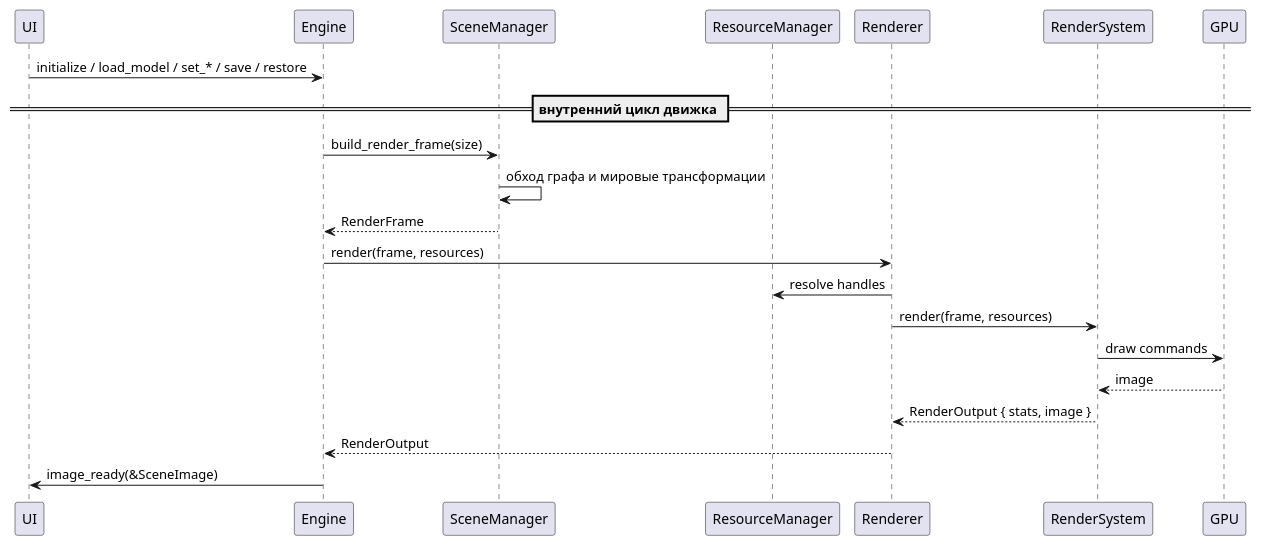
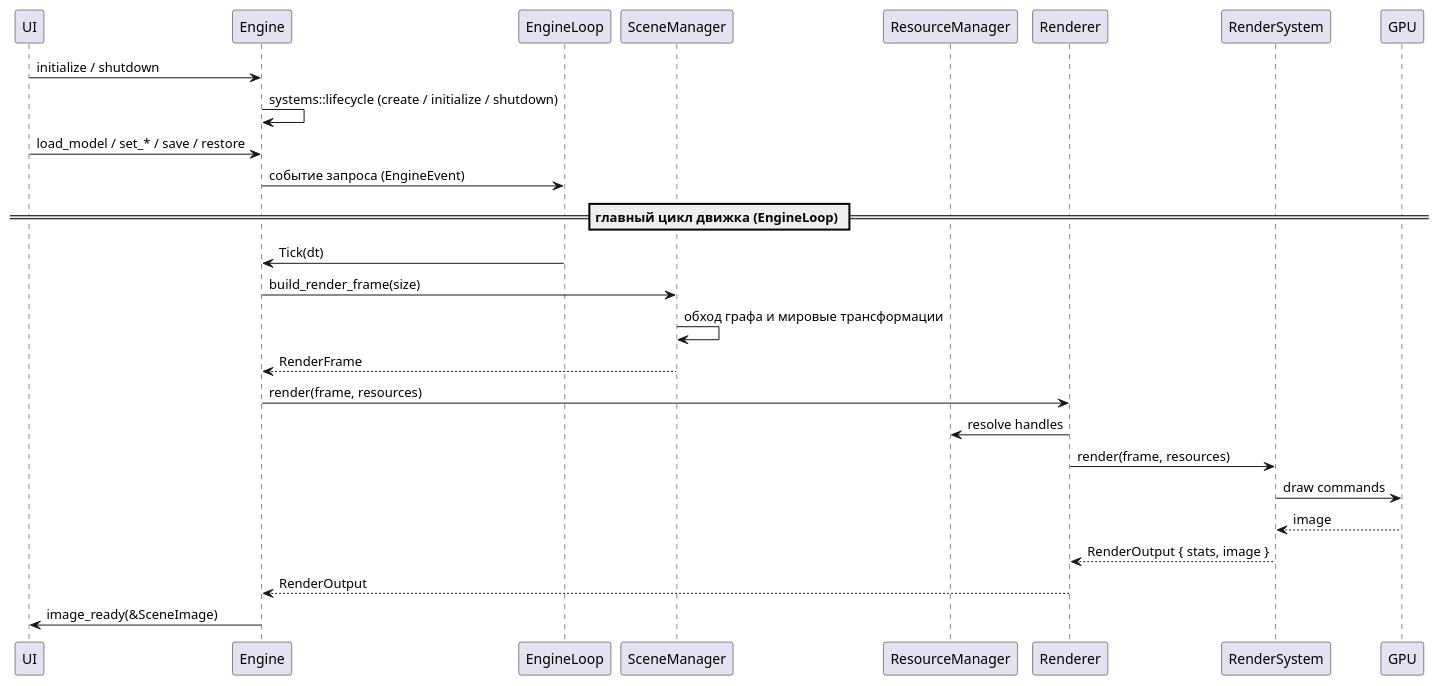
The second of 5 diagrams in docs/FREAK_Engine_Architecture.md (BFGEG/BFGE), drawn with PlantUML before and after one commit. The commit also changed other lines of this file, not shown here.

Commit message:
focs: add event loop info to architecture

````diff
--- a/docs/FREAK_Engine_Architecture.md
+++ b/docs/FREAK_Engine_Architecture.md
@@ -1076,31 +1158,37 @@
 ```plantuml
 @startuml
 
 participant UI
 participant Engine
+participant EngineLoop
 participant SceneManager
 participant ResourceManager
 participant Renderer
 participant RenderSystem
 participant GPU
 
-UI -> Engine : initialize / load_model / set_* / save / restore
+UI -> Engine : initialize / shutdown
+Engine -> Engine : systems::lifecycle (create / initialize / shutdown)
 
-== внутренний цикл движка ==
+UI -> Engine : load_model / set_* / save / restore
+Engine -> EngineLoop : событие запроса (EngineEvent)
 
+== главный цикл движка (EngineLoop) ==
+
+EngineLoop -> Engine : Tick(dt)
 Engine -> SceneManager : build_render_frame(size)
 SceneManager -> SceneManager : обход графа и мировые трансформации
 SceneManager --> Engine : RenderFrame
 
 Engine -> Renderer : render(frame, resources)
 Renderer -> ResourceManager : resolve handles
 Renderer -> RenderSystem : render(frame, resources)
 RenderSystem -> GPU : draw commands
 GPU --> RenderSystem : image
 RenderSystem --> Renderer : RenderOutput { stats, image }
 Renderer --> Engine : RenderOutput
 
 Engine -> UI : image_ready(&SceneImage)
 
 @enduml
 ```
````
